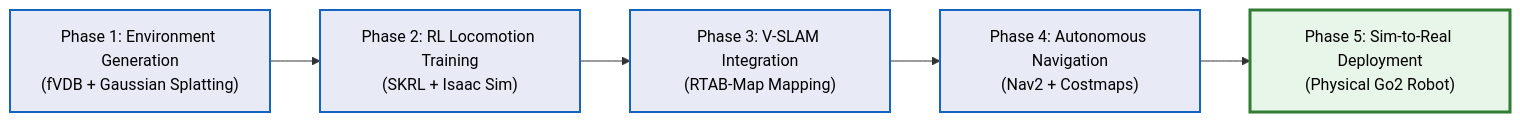
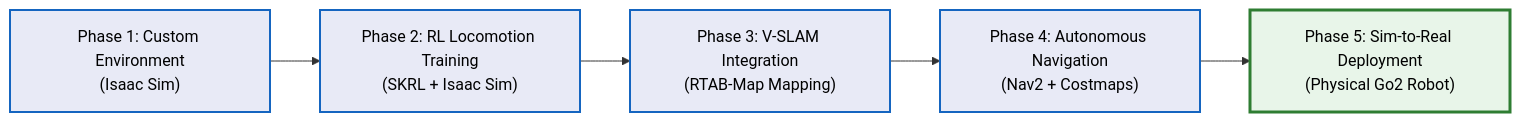
Before and after one commit to CGV-HGU/isaac-go2-ros2: the first of 2 diagrams in docs/architecture.md, drawn with Mermaid. The commit also changed other lines of this file, not shown here.

Commit message:
docs: generalize architecture doc by removing ICCAS and fVDB specific mentions to focus on broader Sim-to-Real applicability

````diff
--- a/docs/architecture.md
+++ b/docs/architecture.md
@@ -9,17 +9,17 @@
 ```mermaid
 flowchart LR
     %% Styling
     classDef phase fill:#e8eaf6,stroke:#1565c0,stroke-width:2px,color:#000;
     classDef deploy fill:#e8f5e9,stroke:#2e7d32,stroke-width:3px,color:#000;
 
-    P1["Phase 1: Environment Generation<br>(fVDB + Gaussian Splatting)"]:::phase
+    P1["Phase 1: Custom Environment<br>(Isaac Sim)"]:::phase
     P2["Phase 2: RL Locomotion Training<br>(SKRL + Isaac Sim)"]:::phase
     P3["Phase 3: V-SLAM Integration<br>(RTAB-Map Mapping)"]:::phase
     P4["Phase 4: Autonomous Navigation<br>(Nav2 + Costmaps)"]:::phase
     P5["Phase 5: Sim-to-Real Deployment<br>(Physical Go2 Robot)"]:::deploy
 
     P1 --> P2
     P2 --> P3
     P3 --> P4
     P4 --> P5
 ```
````
